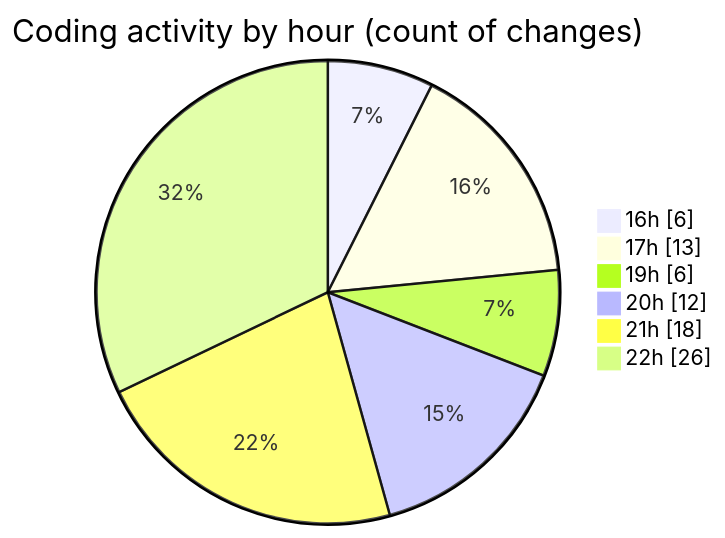
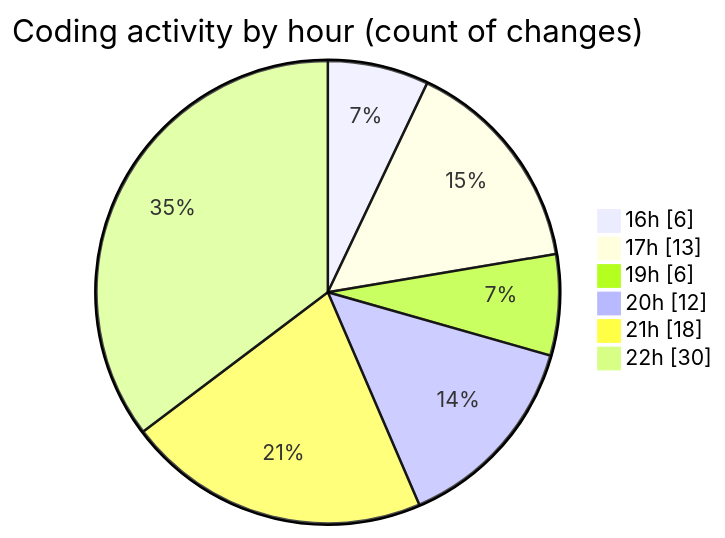
Before and after one commit to idhammustaqopulfikri/code-tracking: the second of 2 diagrams in 2025-06-22/studio-backend/README.md, drawn with Mermaid. The commit also changed other lines of this file and 1 other file, not shown here.

````diff
--- a/2025-06-22/studio-backend/README.md
+++ b/2025-06-22/studio-backend/README.md
@@ -39,10 +39,10 @@
 ```mermaid
 pie showData
 title Coding activity by hour (count of changes)
 "16h" : 6
 "17h" : 13
 "19h" : 6
 "20h" : 12
 "21h" : 18
-"22h" : 26
+"22h" : 30
 ```
````
